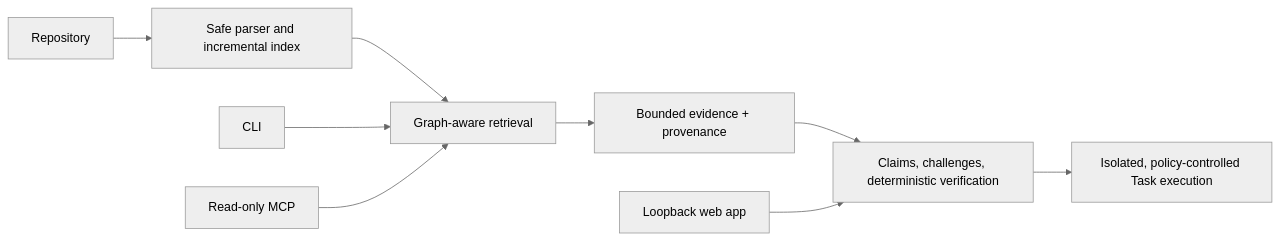
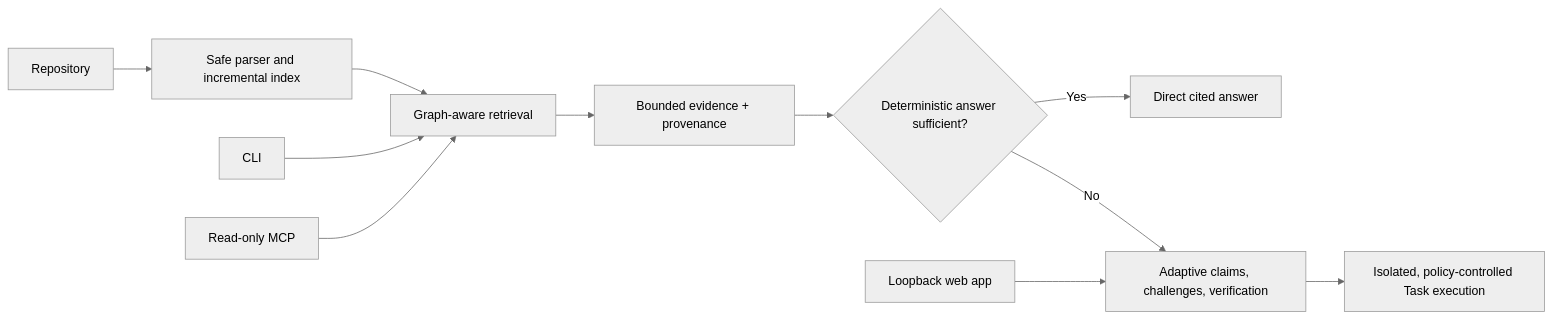
The diagram in README.md (carvalhobfr/conclave), drawn with Mermaid (neutral theme) before and after one commit. The commit also changed other lines of this file and 86 other files, not shown here.

````diff
--- a/README.md
+++ b/README.md
@@ -22,11 +24,13 @@
 ```mermaid
 flowchart LR
   Repo[Repository] --> Index[Safe parser and incremental index]
   Index --> Retrieval[Graph-aware retrieval]
   Retrieval --> Evidence[Bounded evidence + provenance]
-  Evidence --> Reasoning[Claims, challenges, deterministic verification]
+  Evidence --> Router{Deterministic answer sufficient?}
+  Router -->|Yes| Answer[Direct cited answer]
+  Router -->|No| Reasoning[Adaptive claims, challenges, verification]
   Reasoning --> Task[Isolated, policy-controlled Task execution]
   CLI[CLI] --> Retrieval
   Web[Loopback web app] --> Reasoning
   MCP[Read-only MCP] --> Retrieval
 ```
````
